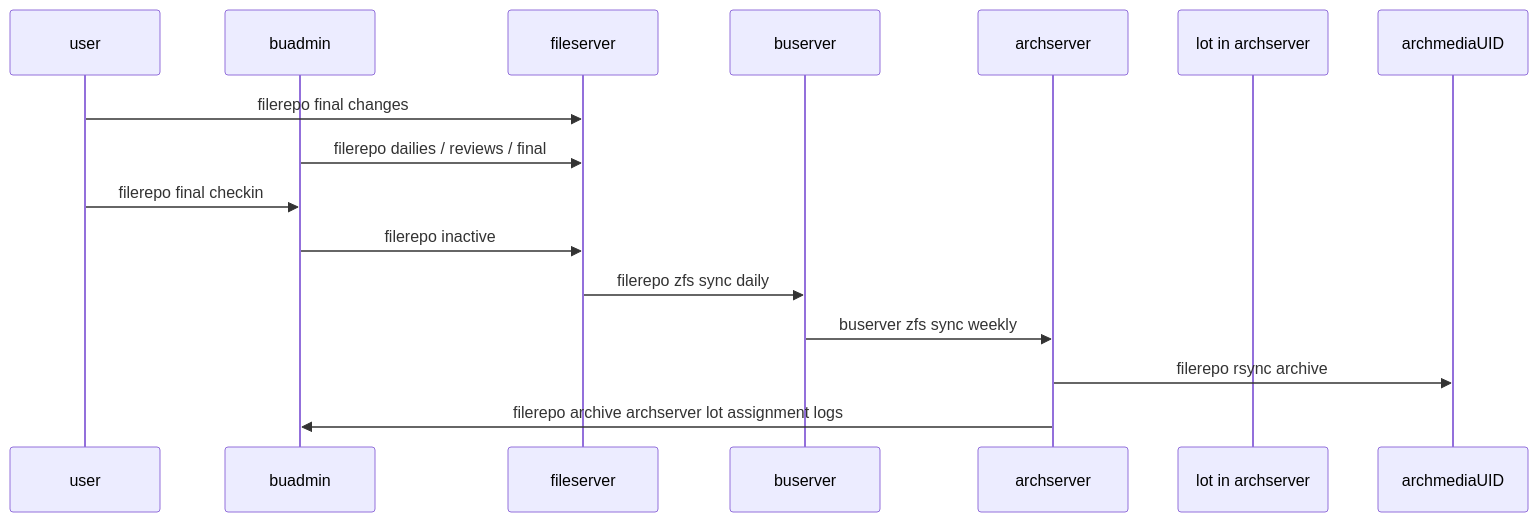
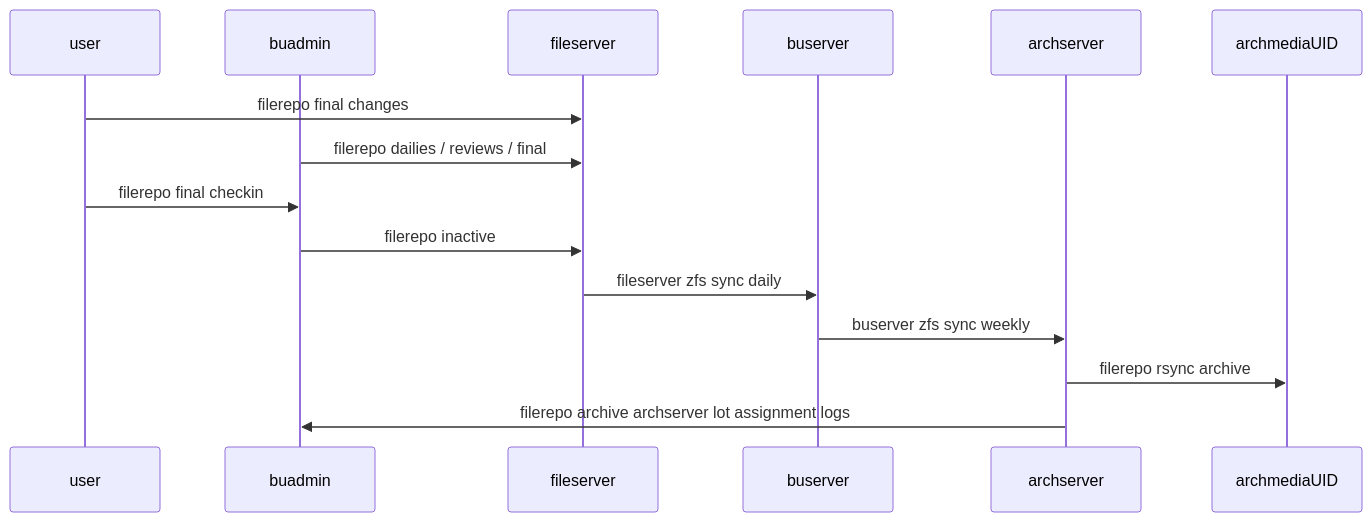
Before and after one commit to 2cld/netstack: the second of 4 diagrams in docs/ops/backup/backup-diagram.md, drawn with Mermaid. The commit also changed other lines of this file, not shown here.

````diff
--- a/docs/ops/backup/backup-diagram.md
+++ b/docs/ops/backup/backup-diagram.md
@@ -21,17 +21,17 @@
 ```mermaid
 sequenceDiagram
     participant user
     participant buadmin
     participant fileserver
     participant buserver
     participant archserver
-    participant lot in archserver
+    participant archmediaUID
     user->>fileserver: filerepo final changes
     buadmin->>fileserver: filerepo dailies / reviews / final
     user->>buadmin: filerepo final checkin
     buadmin->>fileserver: filerepo inactive
-    fileserver->>buserver: filerepo zfs sync daily
+    fileserver->>buserver: fileserver zfs sync daily
     buserver->>archserver: buserver zfs sync weekly
     archserver->>archmediaUID: filerepo rsync archive
     archserver->>buadmin: filerepo archive archserver lot assignment logs
 ```
````
